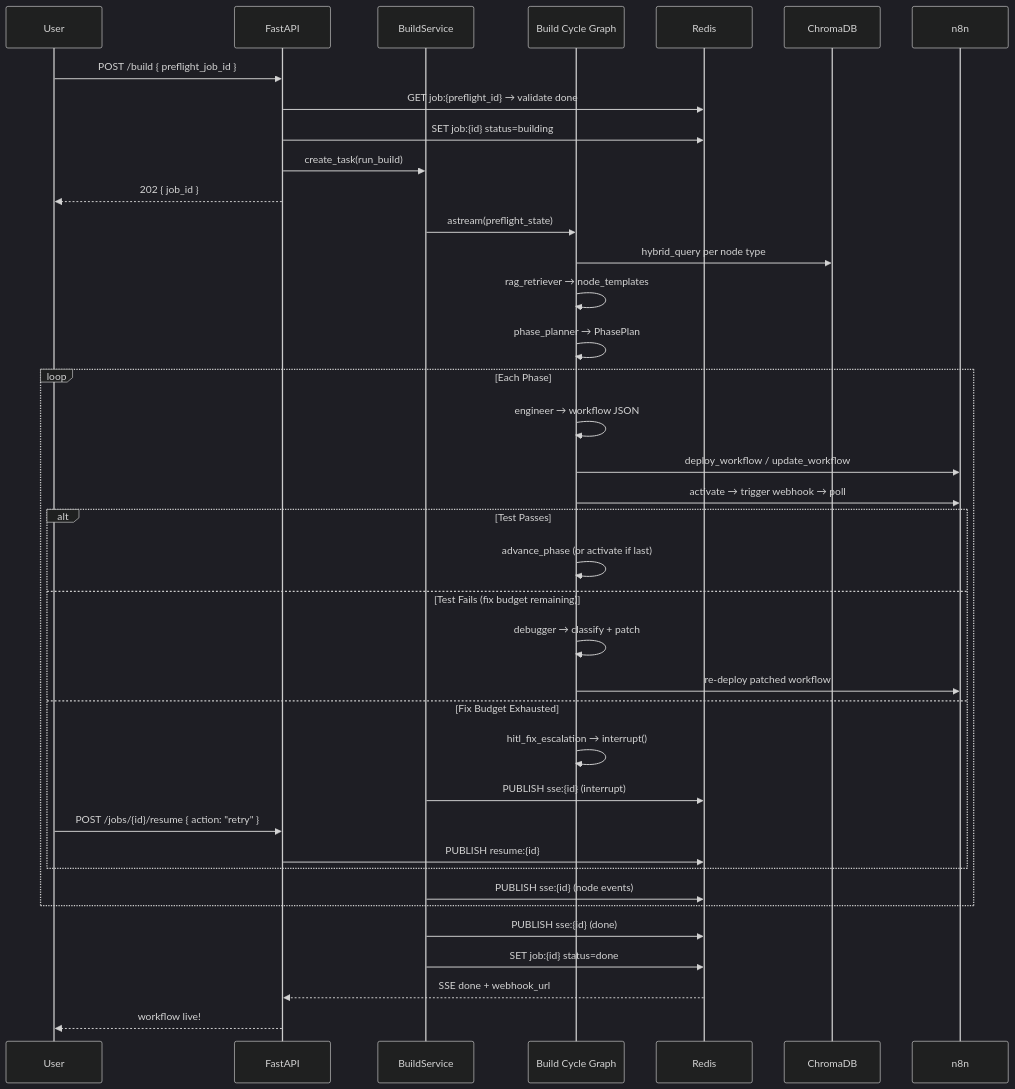
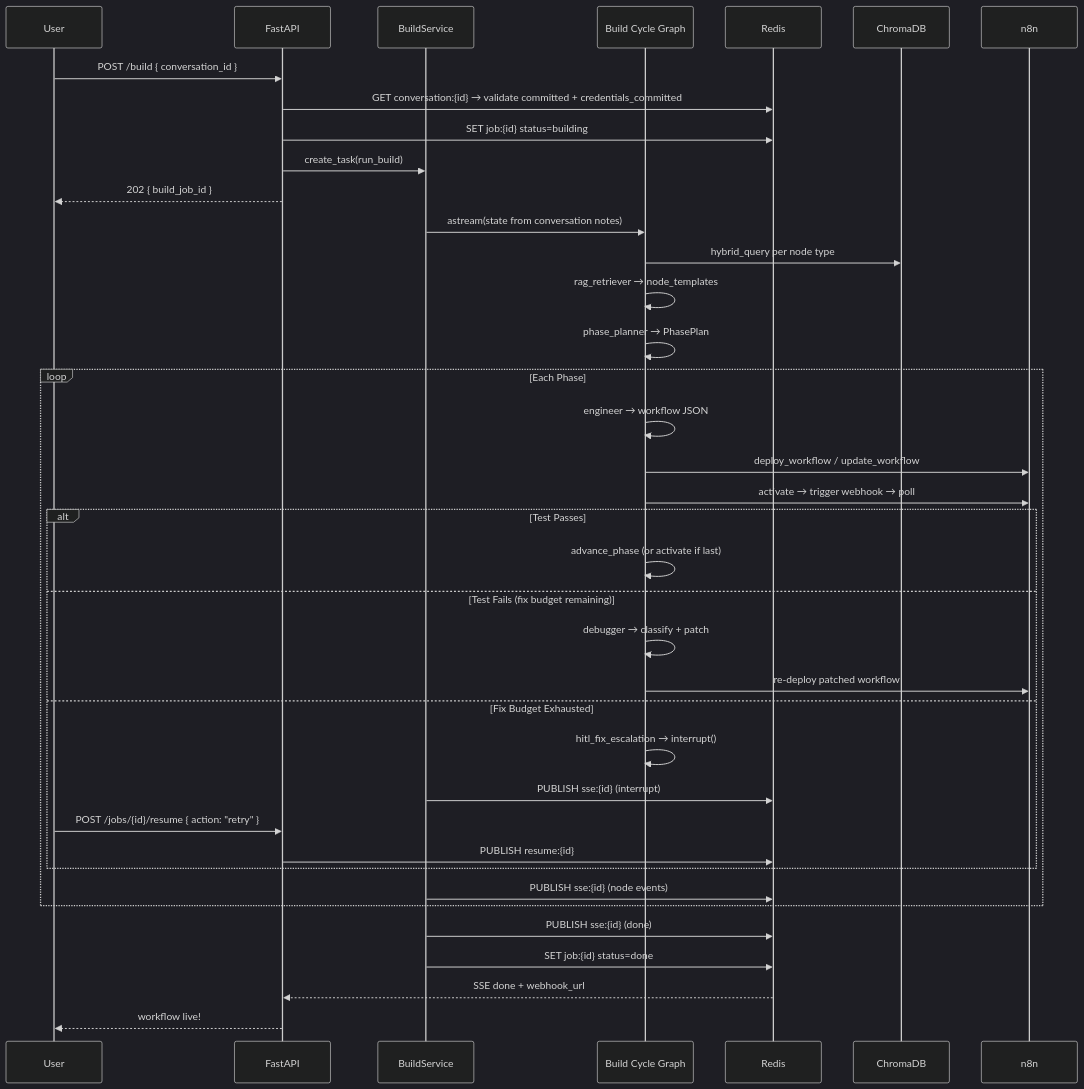
Before and after one commit to h19overflow/ARIA: the fifth of 6 diagrams in README.md, drawn with Mermaid (dark theme). The commit also changed other lines of this file and 1 other file, not shown here.

````diff
--- a/README.md
+++ b/README.md
@@ -542,46 +486,46 @@
 ```mermaid
 sequenceDiagram
     participant U as User
     participant API as FastAPI
     participant SVC as BuildService
     participant BC as Build Cycle Graph
     participant R as Redis
     participant CH as ChromaDB
     participant N8N as n8n
 
-    U->>API: POST /build { preflight_job_id }
-    API->>R: GET job:{preflight_id} → validate done
+    U->>API: POST /build { conversation_id }
+    API->>R: GET conversation:{id} → validate committed + credentials_committed
     API->>R: SET job:{id} status=building
     API->>SVC: create_task(run_build)
-    API-->>U: 202 { job_id }
+    API-->>U: 202 { build_job_id }
 
-    SVC->>BC: astream(preflight_state)
+    SVC->>BC: astream(state from conversation notes)
     BC->>CH: hybrid_query per node type
     BC->>BC: rag_retriever → node_templates
     BC->>BC: phase_planner → PhasePlan
 
     loop Each Phase
         BC->>BC: engineer → workflow JSON
         BC->>N8N: deploy_workflow / update_workflow
         BC->>N8N: activate → trigger webhook → poll
 
         alt Test Passes
             BC->>BC: advance_phase (or activate if last)
         else Test Fails (fix budget remaining)
             BC->>BC: debugger → classify + patch
             BC->>N8N: re-deploy patched workflow
         else Fix Budget Exhausted
             BC->>BC: hitl_fix_escalation → interrupt()
             SVC->>R: PUBLISH sse:{id} (interrupt)
             U->>API: POST /jobs/{id}/resume { action: "retry" }
             API->>R: PUBLISH resume:{id}
         end
 
         SVC->>R: PUBLISH sse:{id} (node events)
     end
 
     SVC->>R: PUBLISH sse:{id} (done)
     SVC->>R: SET job:{id} status=done
     R-->>API: SSE done + webhook_url
     API-->>U: workflow live!
 ```
````
